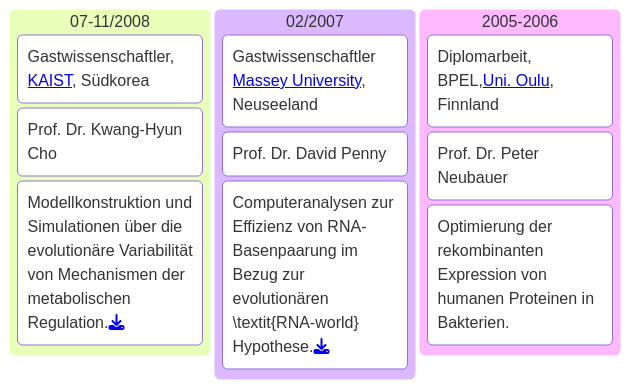
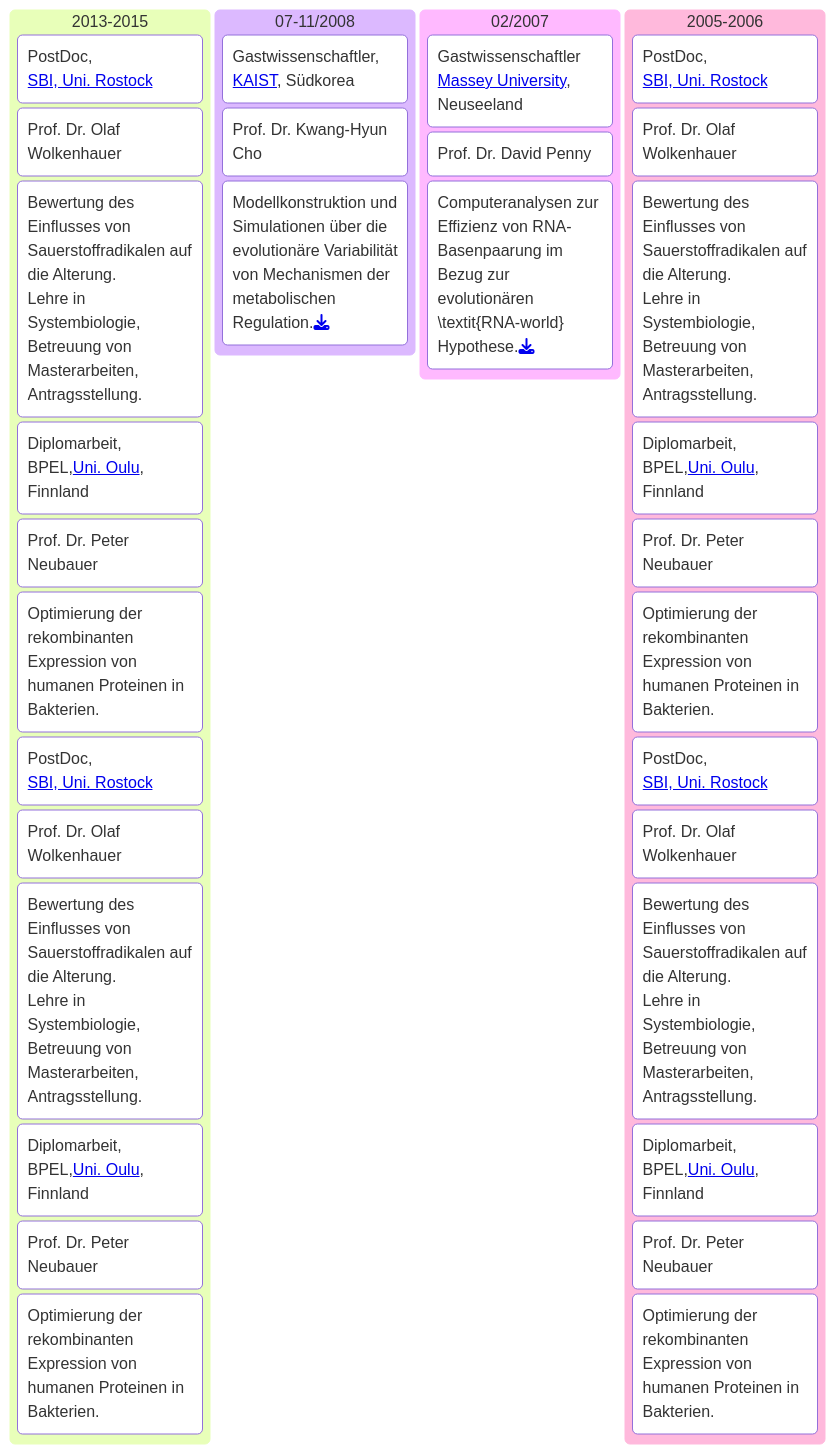
One commit to uliebal/uliebal.github.io changed the second of 2 diagrams in _pages/vita.md. Above: the diagram before and after it, drawn with Mermaid.

Commit message:
add WHS in vita

```diff
--- a/_pages/vita.md
+++ b/_pages/vita.md
@@ -135,15 +135,19 @@
 <pre class="mermaid">
 kanban
+    SBI2["2013-2015"]
+        task1["PostDoc,<br><a href="https://www.sbi.uni-rostock.de/">SBI, Uni. Rostock</a>"]
+        task2["Prof. Dr. Olaf Wolkenhauer"]
+        task3["Bewertung des Einflusses von Sauerstoffradikalen auf die Alterung.<br>Lehre in Systembiologie, Betreuung von Masterarbeiten, Antragsstellung."]
     kaist["07-11/2008"]
         task1["Gastwissenschaftler,<br><a href="https://www.kaist.ac.kr/en/">KAIST</a>, Südkorea"]
         task2["Prof. Dr. Kwang-Hyun Cho"]
         task3["Modellkonstruktion und Simulationen über die evolutionäre Variabilität von Mechanismen der metabolischen Regulation.<a href="/assets/Files/2008_KAIST-Report.pdf"><i class="fa-solid fa-download"></i></a>"]
     palmerston["02/2007"]
         task1["Gastwissenschaftler<br><a href="https://www.massey.ac.nz/">Massey University</a>, Neuseeland"]
         task2["Prof. Dr. David Penny"]
         task3["Computeranalysen zur Effizienz von RNA-Basenpaarung im Bezug zur evolutionären \textit{RNA-world} Hypothese.<a href="/assets/Files/2007_NZ-Report.pdf"><i class="fa-solid fa-download"></i></a>"]
     SBI2["2005-2006"]
         task1["Diplomarbeit,<br>BPEL,<a href="https://www.oulu.fi/en">Uni. Oulu</a>, Finnland"]
         task2["Prof. Dr. Peter Neubauer"]
         task3["Optimierung der rekombinanten Expression von humanen Proteinen in Bakterien."]
 </pre>
```
